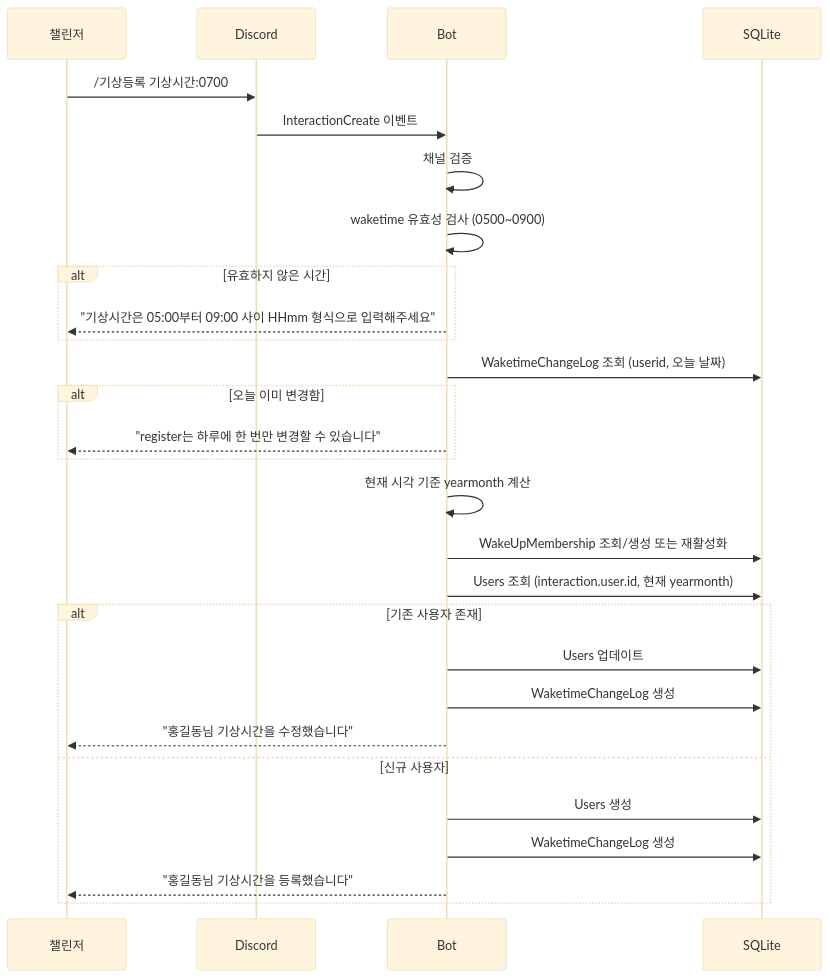
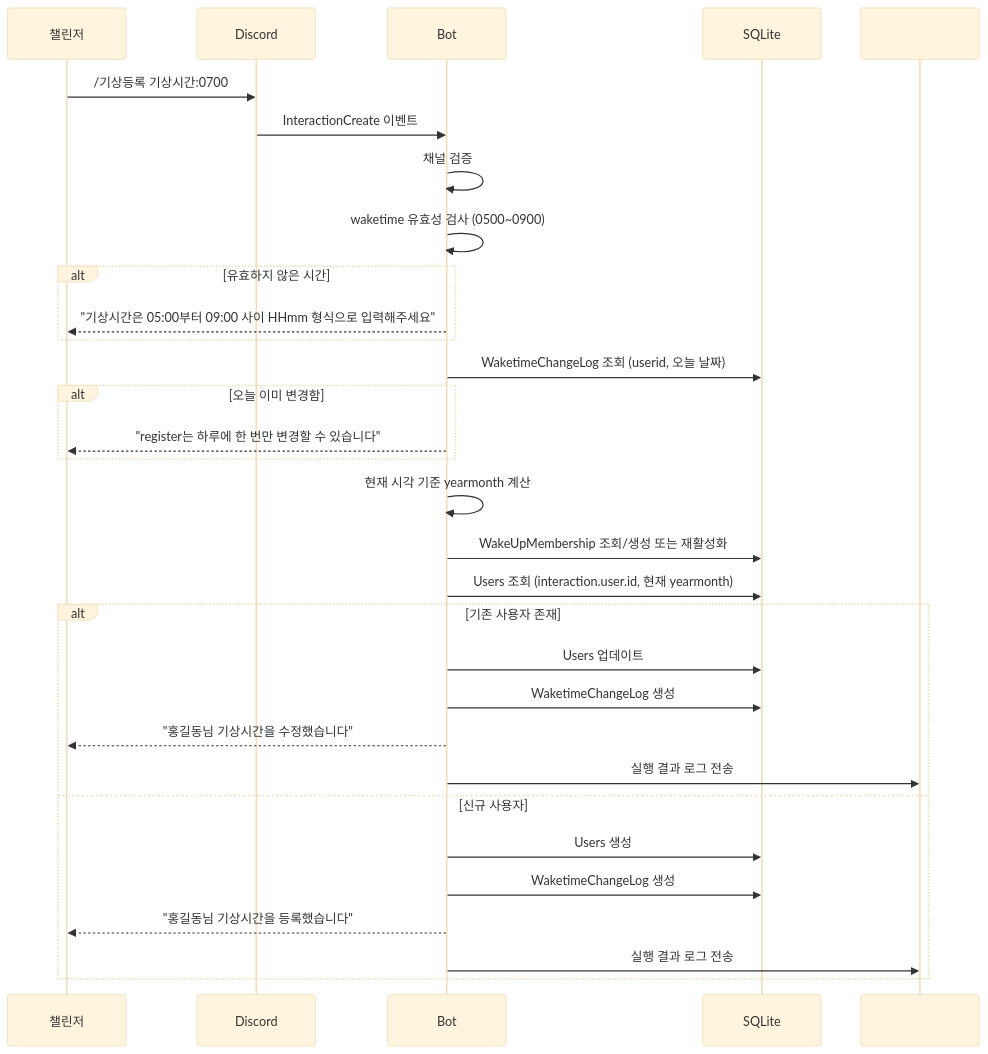
The sixth of 20 diagrams in docs/USER_STORIES.md (honki12345/haruharu-discord-bot), drawn with Mermaid (base theme) before and after one commit. The commit also changed other lines of this file and 9 other files, not shown here.

````diff
--- a/docs/USER_STORIES.md
+++ b/docs/USER_STORIES.md
@@ -211,36 +216,39 @@
 ```mermaid
 sequenceDiagram
     participant U as 챌린저
     participant D as Discord
     participant B as Bot
     participant DB as SQLite
+    participant T as #test
 
     U->>D: /기상등록 기상시간:0700
 
     D->>B: InteractionCreate 이벤트
     B->>B: 채널 검증
 
     B->>B: waketime 유효성 검사 (0500~0900)
     alt 유효하지 않은 시간
         B-->>U: "기상시간은 05:00부터 09:00 사이 HHmm 형식으로 입력해주세요"
     end
 
     B->>DB: WaketimeChangeLog 조회 (userid, 오늘 날짜)
     alt 오늘 이미 변경함
         B-->>U: "register는 하루에 한 번만 변경할 수 있습니다"
     end
 
     B->>B: 현재 시각 기준 yearmonth 계산
     B->>DB: WakeUpMembership 조회/생성 또는 재활성화
     B->>DB: Users 조회 (interaction.user.id, 현재 yearmonth)
 
     alt 기존 사용자 존재
         B->>DB: Users 업데이트
         B->>DB: WaketimeChangeLog 생성
         B-->>U: "홍길동님 기상시간을 수정했습니다"
+        B->>T: 실행 결과 로그 전송
     else 신규 사용자
         B->>DB: Users 생성
         B->>DB: WaketimeChangeLog 생성
         B-->>U: "홍길동님 기상시간을 등록했습니다"
+        B->>T: 실행 결과 로그 전송
     end
 ```
````
